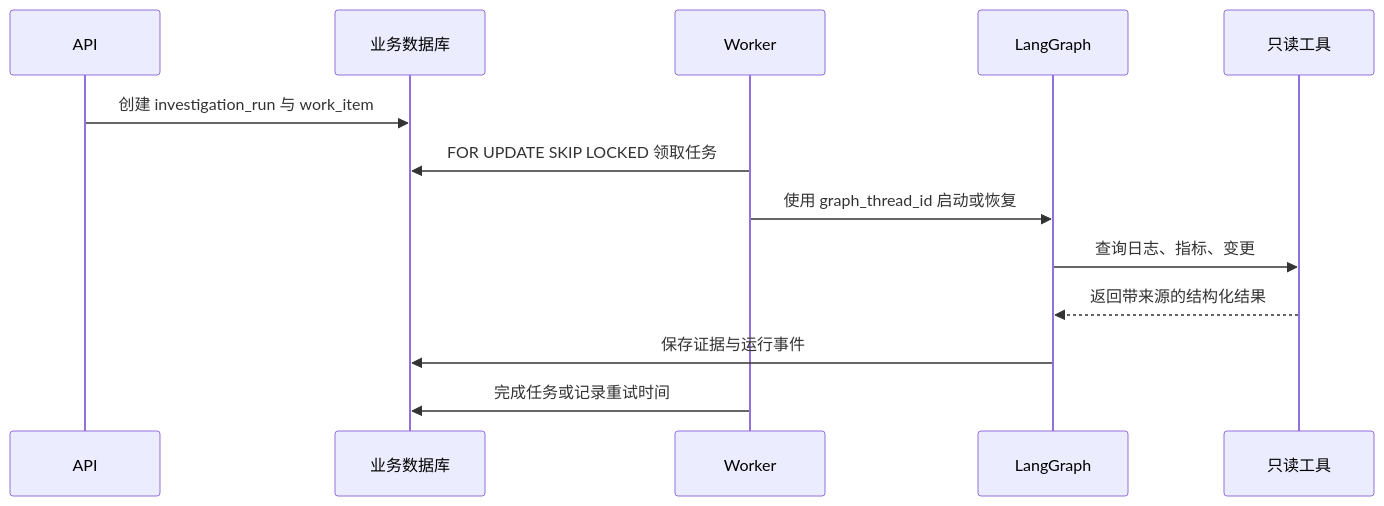
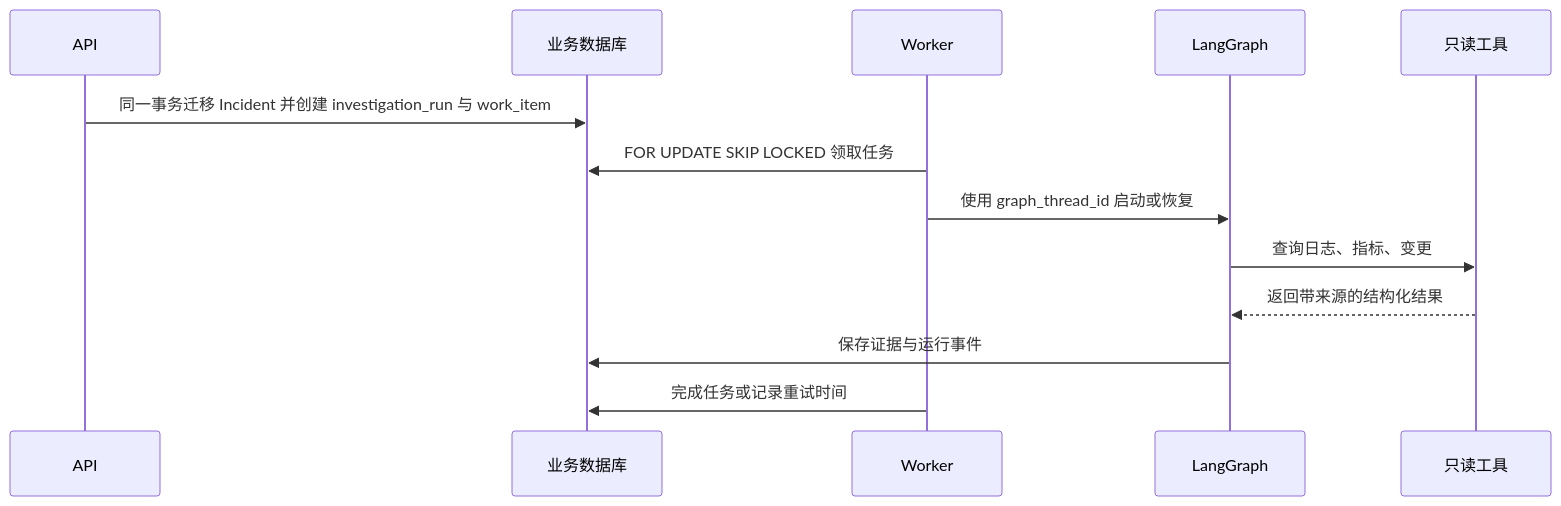
One commit to kill-t/ops-swarm changed the second of 2 diagrams in docs/architecture/02-system-architecture.md. Above: the diagram before and after it, drawn with Mermaid. The commit also changed other lines of this file and 29 other files, not shown here.

````diff
--- a/docs/architecture/02-system-architecture.md
+++ b/docs/architecture/02-system-architecture.md
@@ -70,16 +70,16 @@
 ```mermaid
 sequenceDiagram
     participant API
     participant DB as 业务数据库
     participant Worker
     participant Graph as LangGraph
     participant Tool as 只读工具
 
-    API->>DB: 创建 investigation_run 与 work_item
+    API->>DB: 同一事务迁移 Incident 并创建 investigation_run 与 work_item
     Worker->>DB: FOR UPDATE SKIP LOCKED 领取任务
     Worker->>Graph: 使用 graph_thread_id 启动或恢复
     Graph->>Tool: 查询日志、指标、变更
     Tool-->>Graph: 返回带来源的结构化结果
     Graph->>DB: 保存证据与运行事件
     Worker->>DB: 完成任务或记录重试时间
 ```
````
